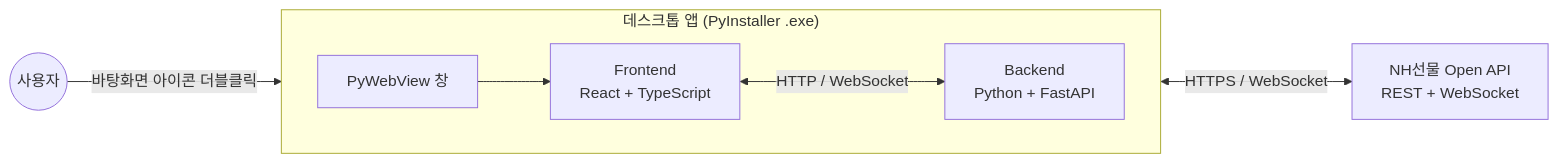
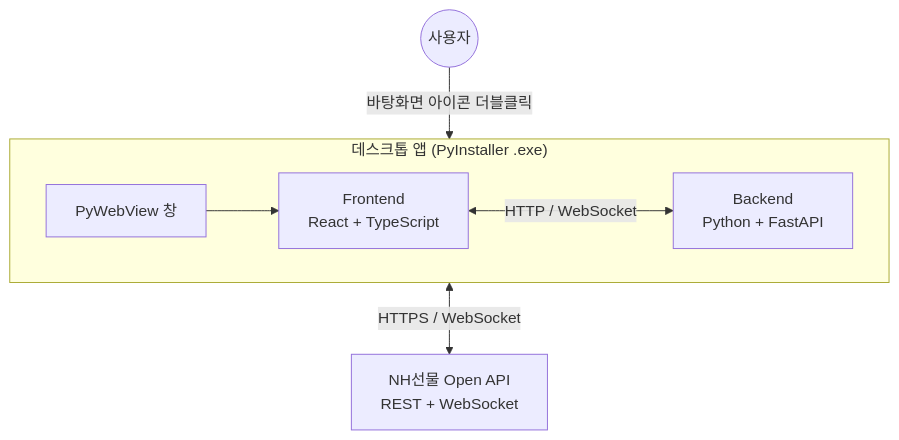
One commit to NH-REST-API-Pioneer/NH-open-api-app changed the diagram in README.md. Above: the diagram before and after it, drawn with Mermaid. The commit also changed other lines of this file and 200 other files, not shown here.

````diff
--- a/README.md
+++ b/README.md
@@ -512,15 +340,15 @@
 ```mermaid
-flowchart LR
+flowchart TB
     User(("사용자"))
     subgraph Desktop["데스크톱 앱 (PyInstaller .exe)"]
         direction LR
         PyWebView["PyWebView 창"]
         Frontend["Frontend<br/>React + TypeScript"]
         Backend["Backend<br/>Python + FastAPI"]
         PyWebView --> Frontend
         Frontend <-->|HTTP / WebSocket| Backend
     end
     NH["NH선물 Open API<br/>REST + WebSocket"]
     User -->|바탕화면 아이콘 더블클릭| Desktop
     Backend <-->|HTTPS / WebSocket| NH
 ```
````
